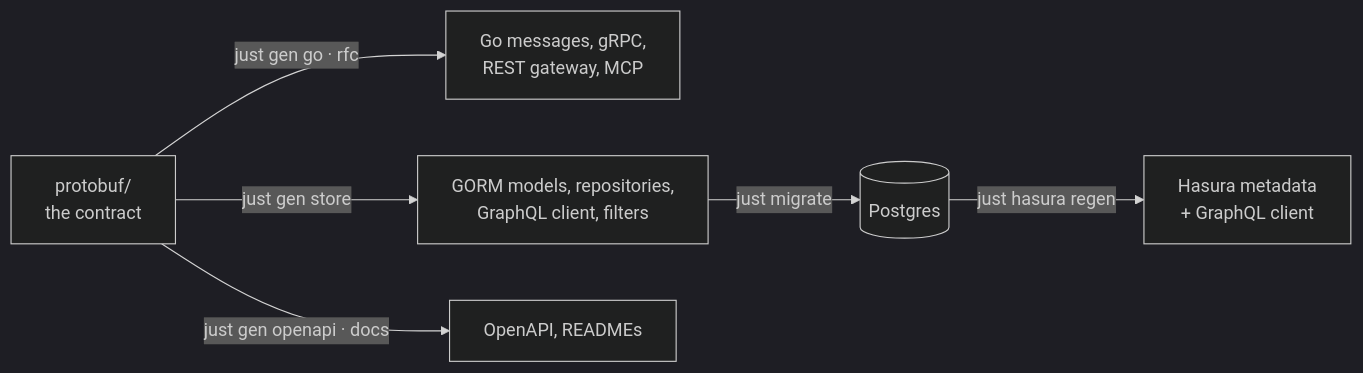
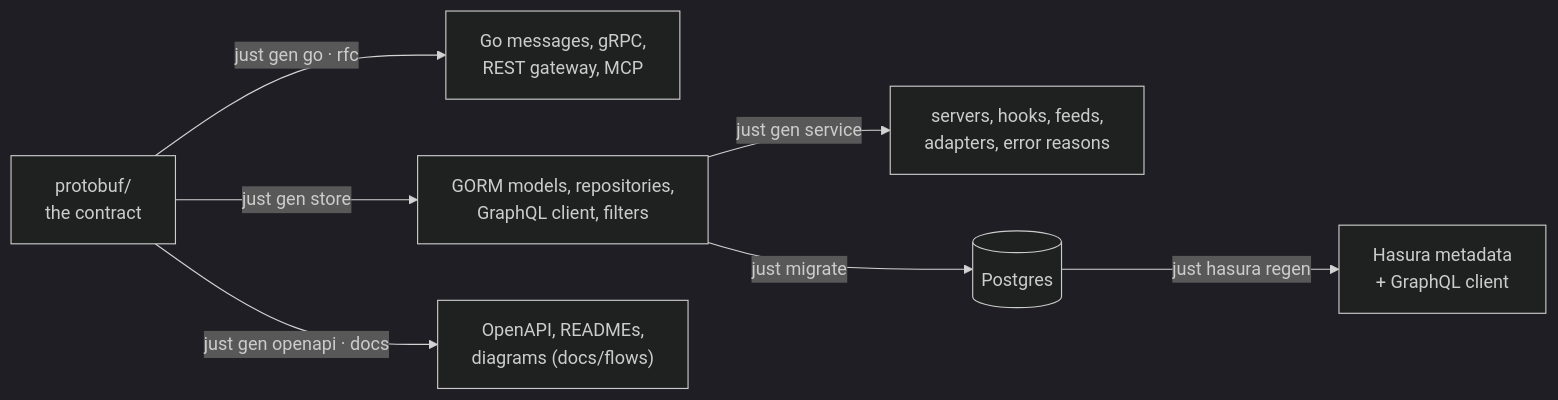
The eighth of 8 diagrams in README.md (shokki-engineering/freebusy), drawn with Mermaid (dark theme) before and after one commit. The commit also changed other lines of this file and 1982 other files, not shown here.

````diff
--- a/README.md
+++ b/README.md
@@ -546,8 +849,9 @@
 ```mermaid
 flowchart LR
     P["protobuf/<br/>the contract"] -- "just gen go · rfc" --> G["Go messages, gRPC,<br/>REST gateway, MCP"]
     P -- "just gen store" --> S["GORM models, repositories,<br/>GraphQL client, filters"]
-    P -- "just gen openapi · docs" --> O["OpenAPI, READMEs"]
+    S -- "just gen service" --> V["servers, hooks, feeds,<br/>adapters, error reasons"]
+    P -- "just gen openapi · docs" --> O["OpenAPI, READMEs,<br/>diagrams (docs/flows)"]
     S -- "just migrate" --> DB[("Postgres")]
     DB -- "just hasura regen" --> M["Hasura metadata<br/>+ GraphQL client"]
 ```
````
